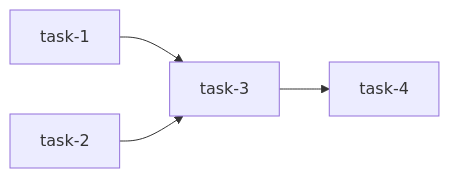
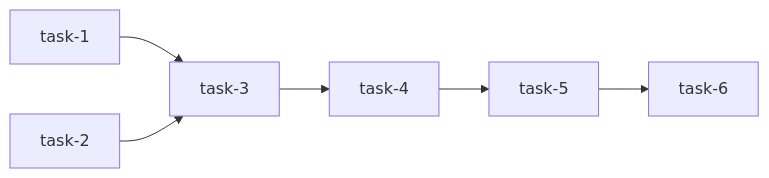
One commit to merge-mates/patent-ai-workspace changed the fifth of 5 diagrams in docs/features/F1/tasks.md. Above: the diagram before and after it, drawn with Mermaid. The commit also changed other lines of this file, not shown here.

First line of the commit message:
docs(docs): F1 m1-i2-18 task-5·6 계획 (11/19 승인)

````diff
--- a/docs/features/F1/tasks.md
+++ b/docs/features/F1/tasks.md
@@ -232,6 +254,8 @@
 ```mermaid
 graph LR
     task-1 --> task-3
     task-2 --> task-3
     task-3 --> task-4
+    task-4 --> task-5
+    task-5 --> task-6
 ```
````
